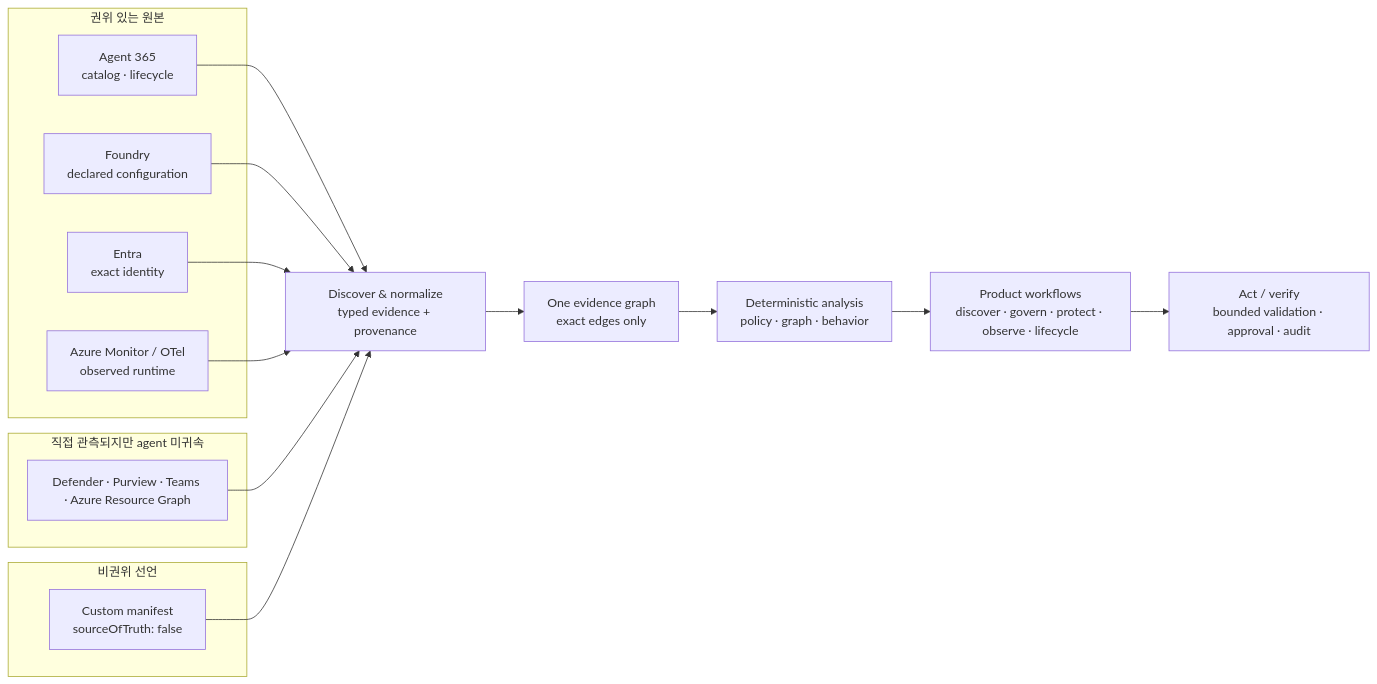
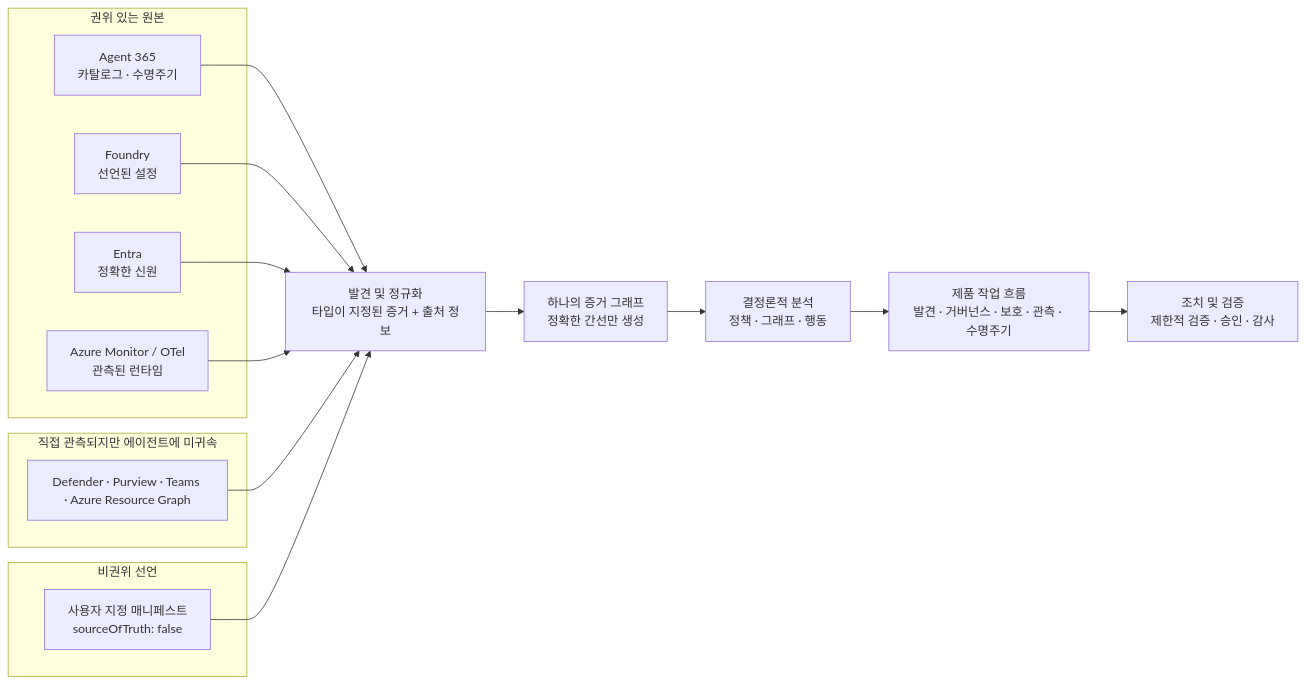
Before and after one commit to YOONPYOGitHub/agent-sentinel: the diagram in README.md, drawn with Mermaid. The commit also changed other lines of this file and 9 other files, not shown here.

````diff
--- a/README.md
+++ b/README.md
@@ -84,23 +91,23 @@
 ```mermaid
 flowchart LR
     subgraph A["권위 있는 원본"]
-        A365["Agent 365<br/>catalog · lifecycle"]
-        F["Foundry<br/>declared configuration"]
-        E["Entra<br/>exact identity"]
-        O["Azure Monitor / OTel<br/>observed runtime"]
+        A365["Agent 365<br/>카탈로그 · 수명주기"]
+        F["Foundry<br/>선언된 설정"]
+        E["Entra<br/>정확한 신원"]
+        O["Azure Monitor / OTel<br/>관측된 런타임"]
     end
 
-    subgraph U["직접 관측되지만 agent 미귀속"]
+    subgraph U["직접 관측되지만 에이전트에 미귀속"]
         D["Defender · Purview · Teams · Azure Resource Graph"]
     end
 
     subgraph N["비권위 선언"]
-        M["Custom manifest<br/>sourceOfTruth: false"]
+        M["사용자 지정 매니페스트<br/>sourceOfTruth: false"]
     end
 
-    A365 & F & E & O & D & M --> I["Discover & normalize<br/>typed evidence + provenance"]
-    I --> G["One evidence graph<br/>exact edges only"]
-    G --> P["Deterministic analysis<br/>policy · graph · behavior"]
-    P --> X["Product workflows<br/>discover · govern · protect · observe · lifecycle"]
-    X --> V["Act / verify<br/>bounded validation · approval · audit"]
+    A365 & F & E & O & D & M --> I["발견 및 정규화<br/>타입이 지정된 증거 + 출처 정보"]
+    I --> G["하나의 증거 그래프<br/>정확한 간선만 생성"]
+    G --> P["결정론적 분석<br/>정책 · 그래프 · 행동"]
+    P --> X["제품 작업 흐름<br/>발견 · 거버넌스 · 보호 · 관측 · 수명주기"]
+    X --> V["조치 및 검증<br/>제한적 검증 · 승인 · 감사"]
 ```
````
